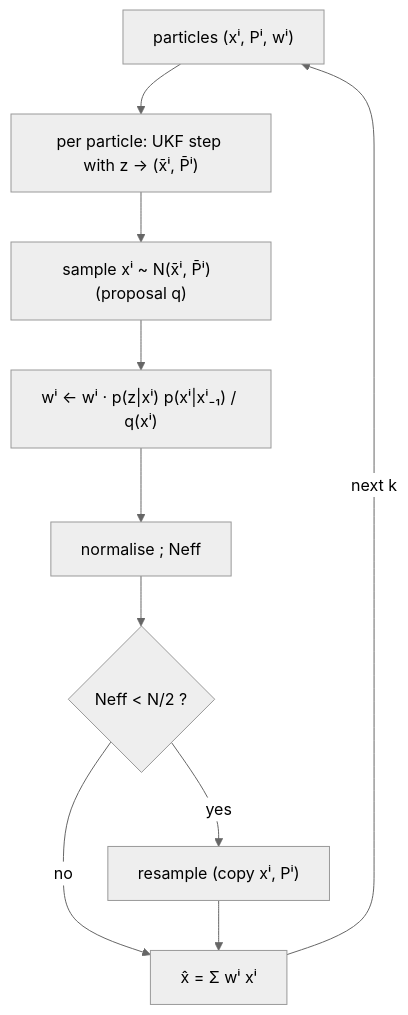
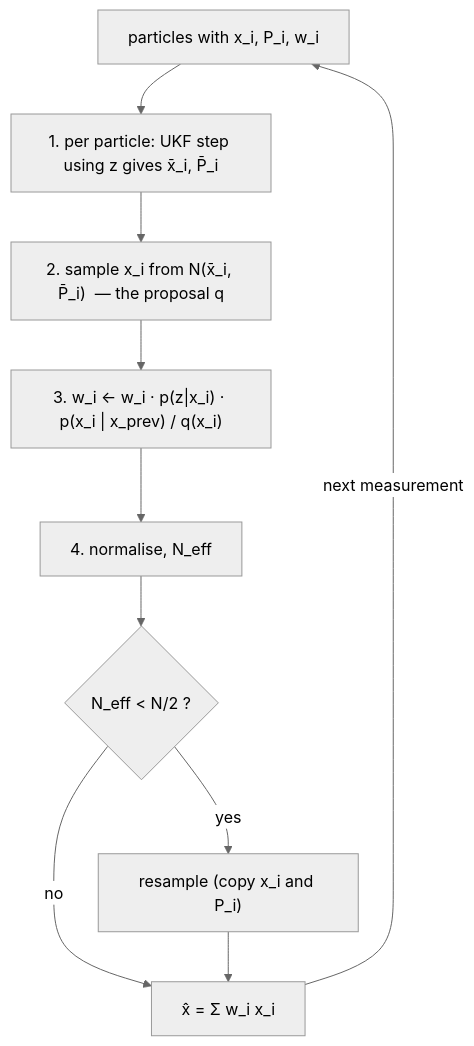
The sixth of 7 diagrams in golang/README.md (ursa-mikail/kalman_and_particle_filter_demo), drawn with Mermaid (neutral theme) before and after one commit. The commit also changed other lines of this file, not shown here.

````diff
--- a/golang/README.md
+++ b/golang/README.md
@@ -184,12 +353,12 @@
 ```mermaid
 flowchart TD
-  S0["particles (xⁱ, Pⁱ, wⁱ)"] --> U["per particle: UKF step with z → (x̄ⁱ, P̄ⁱ)"]
-  U --> Q["sample xⁱ ~ N(x̄ⁱ, P̄ⁱ)  (proposal q)"]
-  Q --> W["wⁱ ← wⁱ · p(z|xⁱ) p(xⁱ|xⁱ₋₁) / q(xⁱ)"]
-  W --> N["normalise ; Neff"]
-  N --> D{"Neff < N/2 ?"}
-  D -- yes --> R["resample (copy xⁱ, Pⁱ)"]
+  S0["particles with x_i, P_i, w_i"] --> U["1. per particle: UKF step using z gives x̄_i, P̄_i"]
+  U --> Q["2. sample x_i from N(x̄_i, P̄_i)  — the proposal q"]
+  Q --> W["3. w_i ← w_i · p(z|x_i) · p(x_i | x_prev) / q(x_i)"]
+  W --> N["4. normalise, N_eff"]
+  N --> D{"N_eff < N/2 ?"}
+  D -- yes --> R["resample (copy x_i and P_i)"]
   D -- no --> E
-  R --> E["x̂ = Σ wⁱ xⁱ"]
-  E -->|next k| S0
+  R --> E["x̂ = Σ w_i x_i"]
+  E -->|"next measurement"| S0
 ```
````
